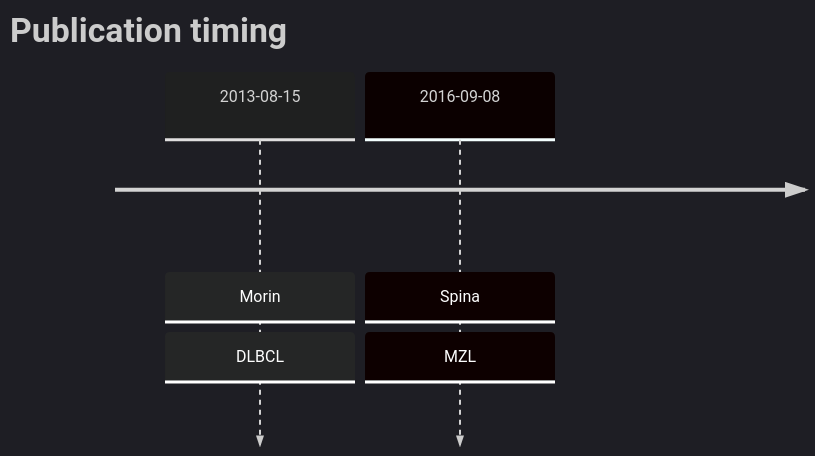
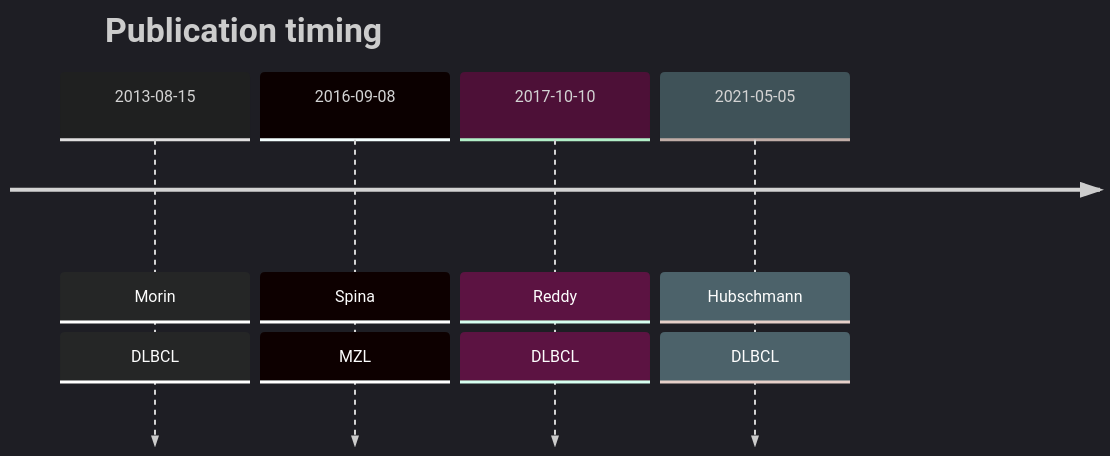
Before and after one commit to morinlab/lymphopedia: the diagram in TAF1.md, drawn with Mermaid. The commit also changed other lines of this file, not shown here.

````diff
--- a/TAF1.md
+++ b/TAF1.md
@@ -9,7 +9,9 @@
 ```mermaid
 %%{init: { 'logLevel': 'debug', 'theme': 'dark' } }%%
 timeline
     title Publication timing
       2013-08-15 : Morin : DLBCL
       2016-09-08 : Spina : MZL
+2017-10-10 : Reddy : DLBCL
+2021-05-05 : Hubschmann : DLBCL
 ```
````
